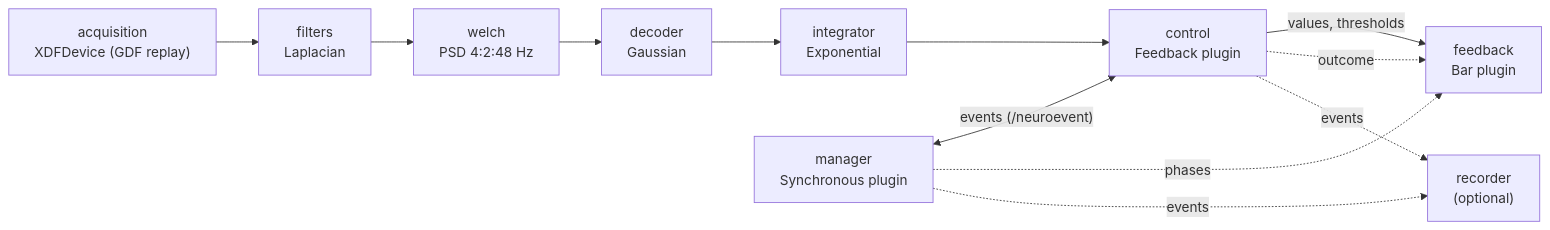
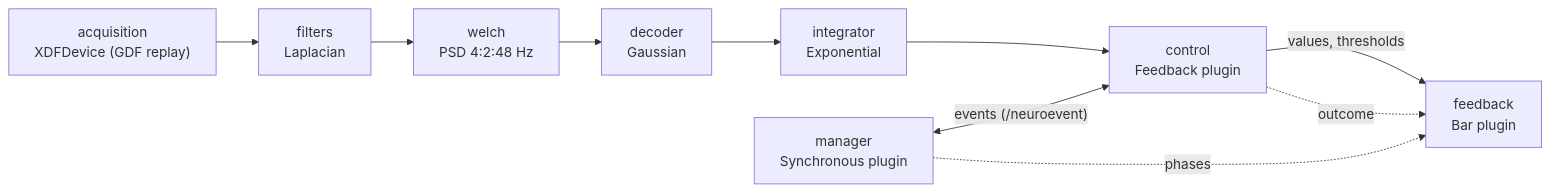
One commit to ros2neuro/docs changed the diagram in docs/tutorials/hardware-free-pipeline/index.md. Above: the diagram before and after it, drawn with Mermaid. The commit also changed other lines of this file and 76 other files, not shown here.

````diff
--- a/docs/tutorials/hardware-free-pipeline/index.md
+++ b/docs/tutorials/hardware-free-pipeline/index.md
@@ -17,14 +17,12 @@
 ```mermaid
 flowchart LR
     ACQ["acquisition<br/>XDFDevice (GDF replay)"] --> FIL["filters<br/>Laplacian"]
     FIL --> WEL["welch<br/>PSD 4:2:48 Hz"]
     WEL --> DEC["decoder<br/>Gaussian"]
     DEC --> INT["integrator<br/>Exponential"]
     INT --> CTL["control<br/>Feedback plugin"]
     MAN["manager<br/>Synchronous plugin"] <-->|"events (/neuroevent)"| CTL
     CTL -->|"values, thresholds"| FB["feedback<br/>Bar plugin"]
     MAN -.->|"phases"| FB
     CTL -.->|"outcome"| FB
-    CTL -.->|"events"| REC["recorder<br/>(optional)"]
-    MAN -.->|"events"| REC
 ```
````
